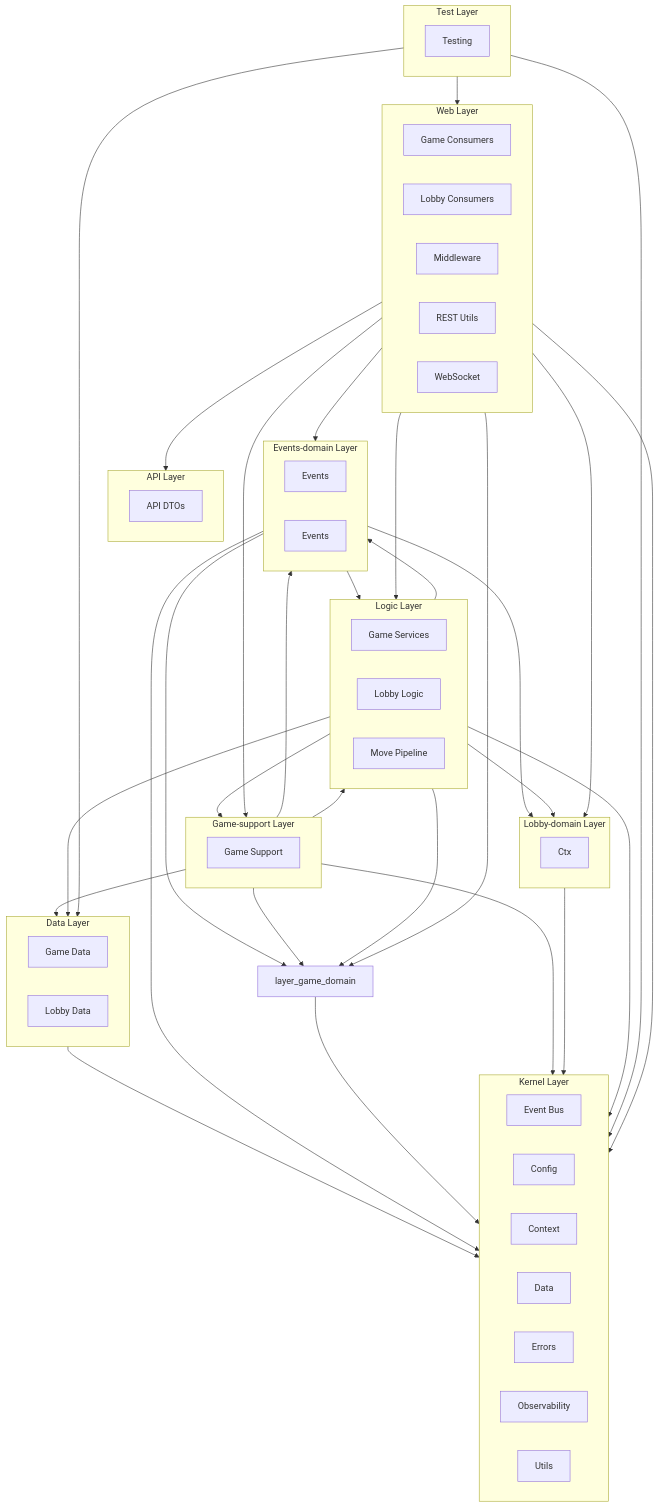
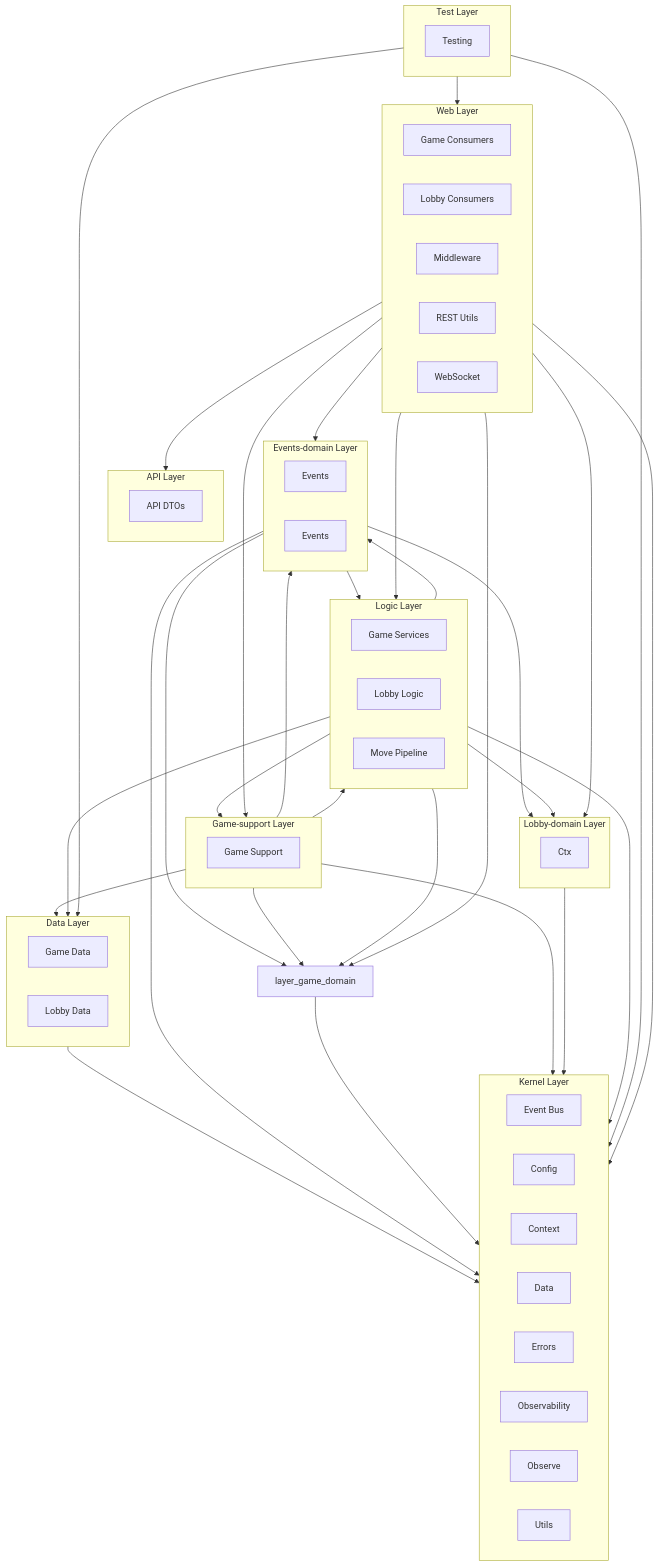
Before and after one commit to go-risk-it/go-risk-it: the second of 6 diagrams in docs/architecture.md, drawn with Mermaid. The commit also changed 113 other files, not shown here.

```diff
--- a/docs/architecture.md
+++ b/docs/architecture.md
@@ -56,6 +56,7 @@
         pkg_kernel_data["Data"]
         pkg_kernel_errors["Errors"]
         pkg_kernel_observability["Observability"]
+        pkg_kernel_observe["Observe"]
         pkg_kernel_utils["Utils"]
     end
 
```
